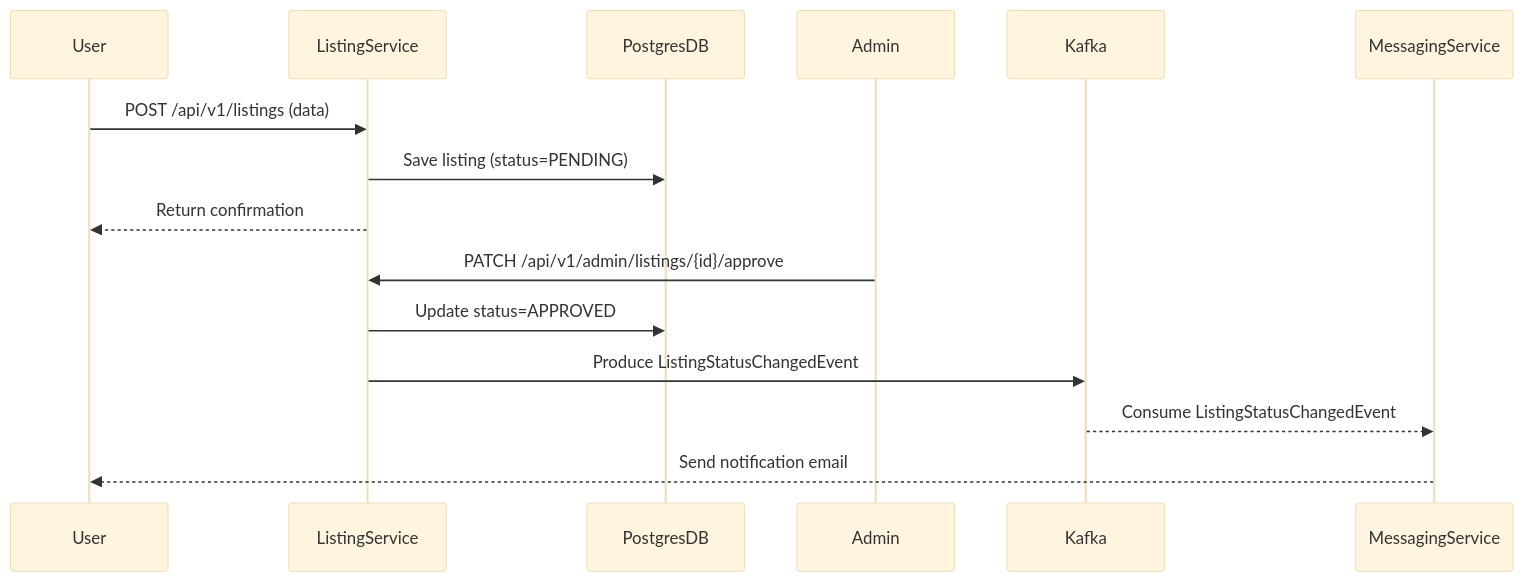
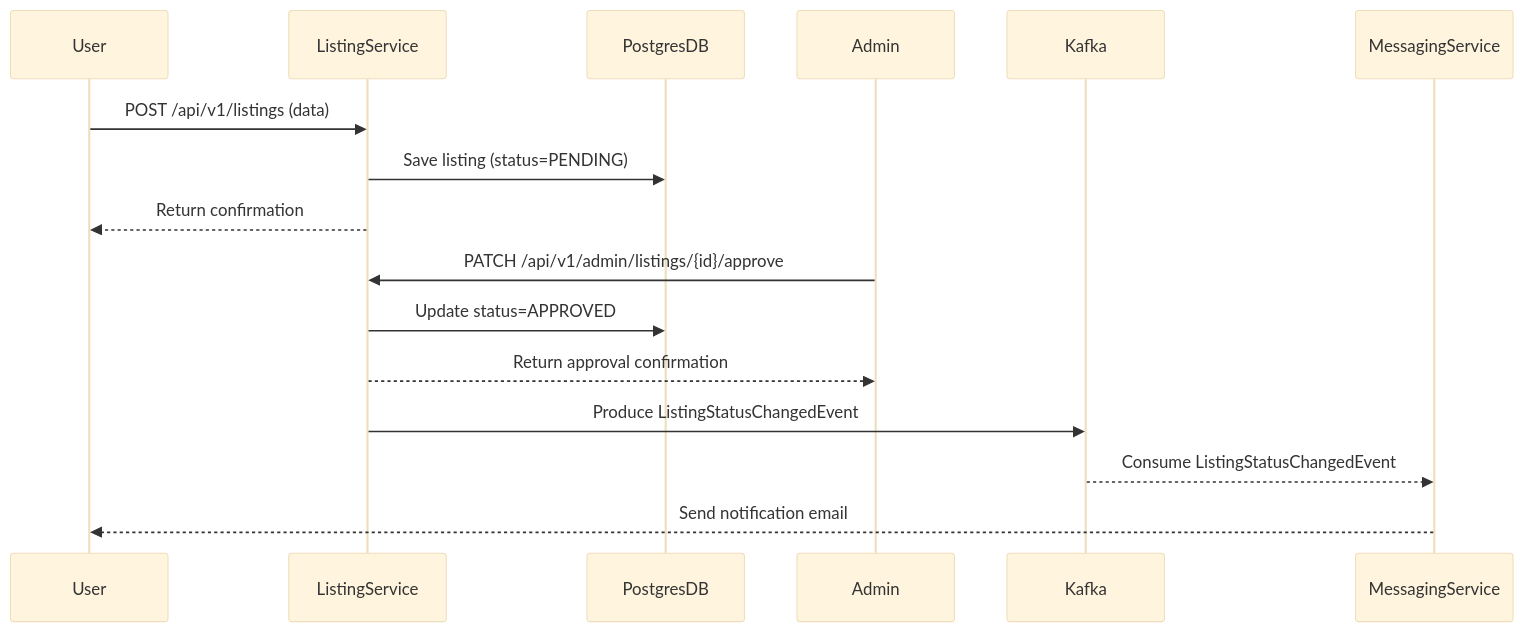
Before and after one commit to baris1892/listing-service: the second of 2 diagrams in docs/flows.md, drawn with Mermaid (base theme).

Commit message:
improved docs

````diff
--- a/docs/flows.md
+++ b/docs/flows.md
@@ -31,17 +31,18 @@
 ```mermaid
 sequenceDiagram
     participant User
     participant ListingService
     participant PostgresDB
     participant Admin
     participant Kafka
     participant MessagingService
     User ->> ListingService: POST /api/v1/listings (data)
     ListingService ->> PostgresDB: Save listing (status=PENDING)
     ListingService -->> User: Return confirmation
     Admin ->> ListingService: PATCH /api/v1/admin/listings/{id}/approve
     ListingService ->> PostgresDB: Update status=APPROVED
+    ListingService -->> Admin: Return approval confirmation
     ListingService ->> Kafka: Produce ListingStatusChangedEvent
     Kafka -->> MessagingService: Consume ListingStatusChangedEvent
     MessagingService -->> User: Send notification email
 ```
````
